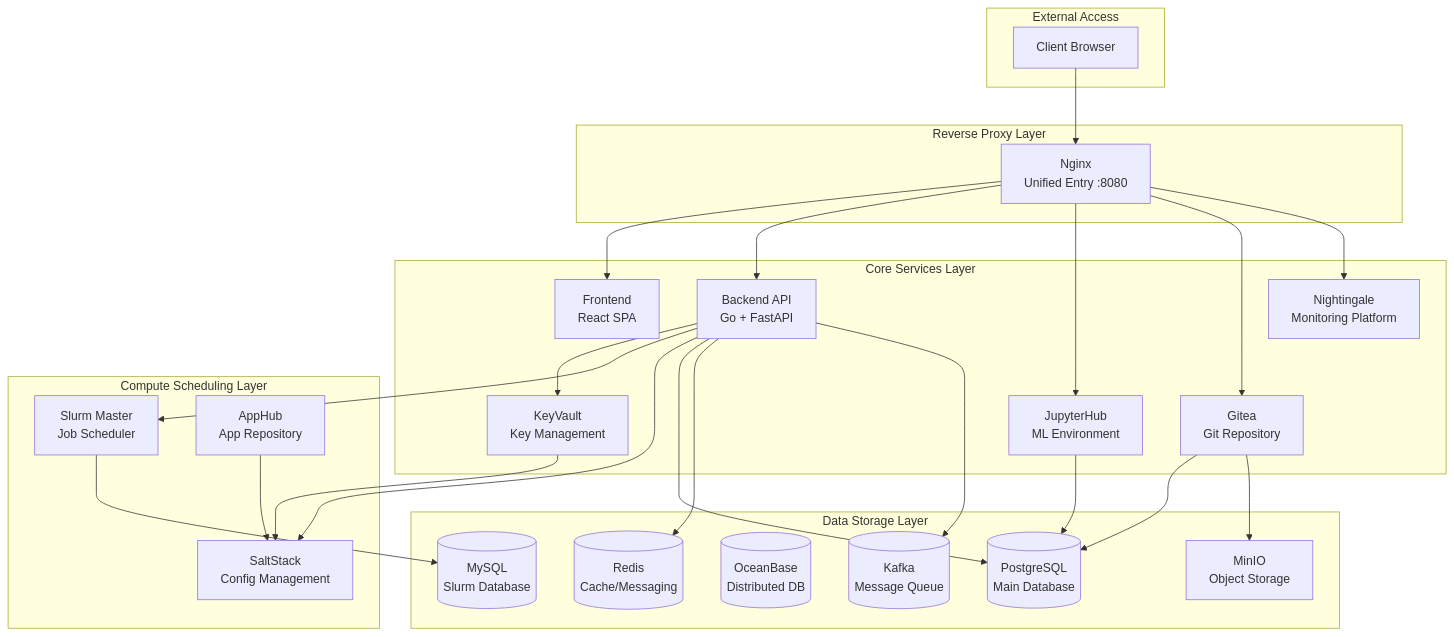
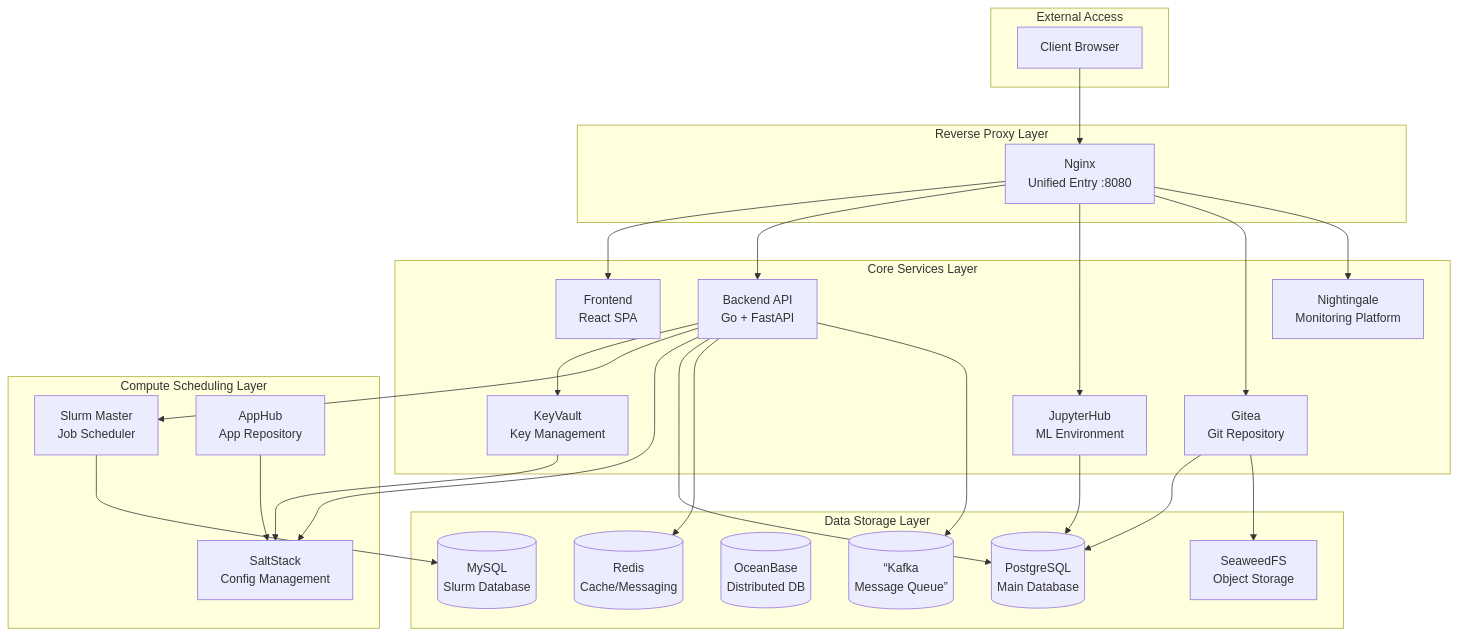
The first of 2 diagrams in README.md (aresnasa/ai-infra-matrix), drawn with Mermaid before and after one commit. The commit also changed other lines of this file and 44 other files, not shown here.

````diff
--- a/README.md
+++ b/README.md
@@ -46,55 +46,55 @@
 ```mermaid
 graph TB
     subgraph "External Access"
         Client[Client Browser]
     end
     
     subgraph "Reverse Proxy Layer"
         Nginx[Nginx<br/>Unified Entry :8080]
     end
     
     subgraph "Core Services Layer"
         Frontend[Frontend<br/>React SPA]
         Backend[Backend API<br/>Go + FastAPI]
         KeyVault[KeyVault<br/>Key Management]
         JupyterHub[JupyterHub<br/>ML Environment]
         Gitea[Gitea<br/>Git Repository]
         Nightingale[Nightingale<br/>Monitoring Platform]
     end
     
     subgraph "Compute Scheduling Layer"
         SlurmMaster[Slurm Master<br/>Job Scheduler]
         SaltStack[SaltStack<br/>Config Management]
         AppHub[AppHub<br/>App Repository]
     end
     
     subgraph "Data Storage Layer"
         Postgres[(PostgreSQL<br/>Main Database)]
         MySQL[(MySQL<br/>Slurm Database)]
         OceanBase[(OceanBase<br/>Distributed DB)]
         Redis[(Redis<br/>Cache/Messaging)]
-        Kafka[(Kafka<br/>Message Queue)]
-        MinIO[MinIO<br/>Object Storage]
+        Kafka[(“Kafka<br/>Message Queue”)]
+        SeaweedFS[SeaweedFS<br/>Object Storage]
     end
     
     Client --> Nginx
     Nginx --> Frontend
     Nginx --> Backend
     Nginx --> JupyterHub
     Nginx --> Gitea
     Nginx --> Nightingale
     
     Backend --> KeyVault
     Backend --> SlurmMaster
     Backend --> SaltStack
     Backend --> Postgres
     Backend --> Redis
     Backend --> Kafka
     
     KeyVault --> SaltStack
     JupyterHub --> Postgres
     Gitea --> Postgres
-    Gitea --> MinIO
+    Gitea --> SeaweedFS
     SlurmMaster --> MySQL
     AppHub --> SaltStack
 ```
````
